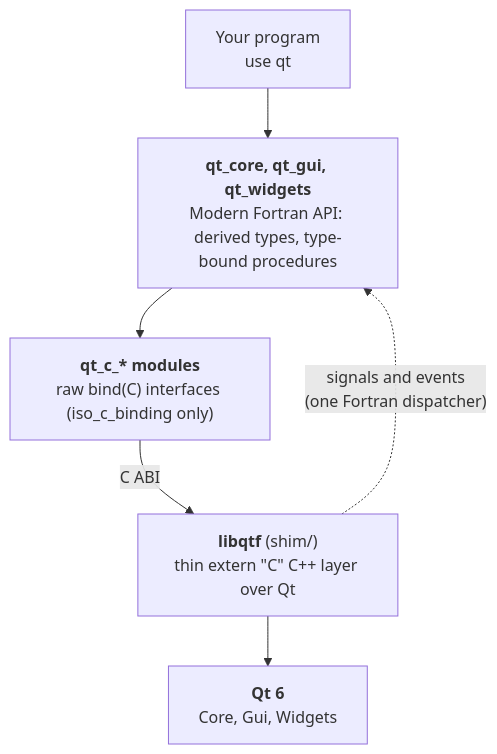
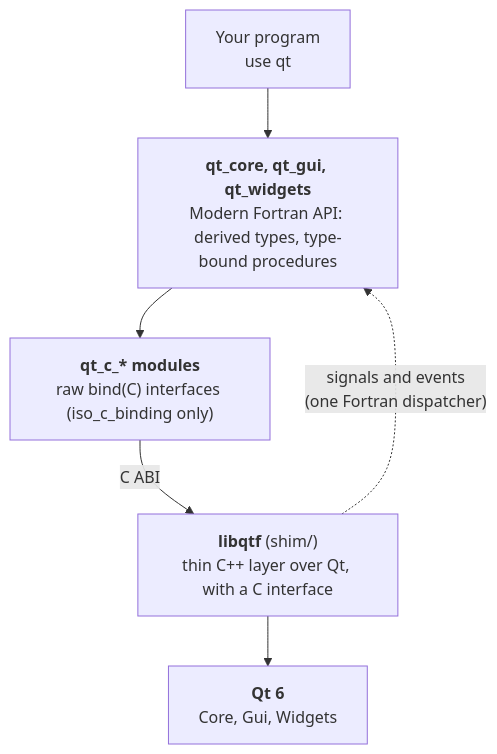
One commit to jacobwilliams/qt-fortran changed the diagram in README.md. Above: the diagram before and after it, drawn with Mermaid.

````diff
--- a/README.md
+++ b/README.md
@@ -200,13 +200,13 @@
 ```mermaid
 flowchart TD
     app["Your program<br/>use qt"]
     api["<b>qt_core, qt_gui, qt_widgets</b><br/>Modern Fortran API: derived types, type-bound procedures"]
     raw["<b>qt_c_* modules</b><br/>raw bind(C) interfaces (iso_c_binding only)"]
-    shim["<b>libqtf</b> (shim/)<br/>thin extern &quot;C&quot; C++ layer over Qt"]
+    shim["<b>libqtf</b> (shim/)<br/>thin C++ layer over Qt, with a C interface"]
     qt["<b>Qt 6</b><br/>Core, Gui, Widgets"]
 
     app --> api --> raw
     raw -- "C ABI" --> shim
     shim --> qt
     shim -. "signals and events<br/>(one Fortran dispatcher)" .-> api
 ```
````
